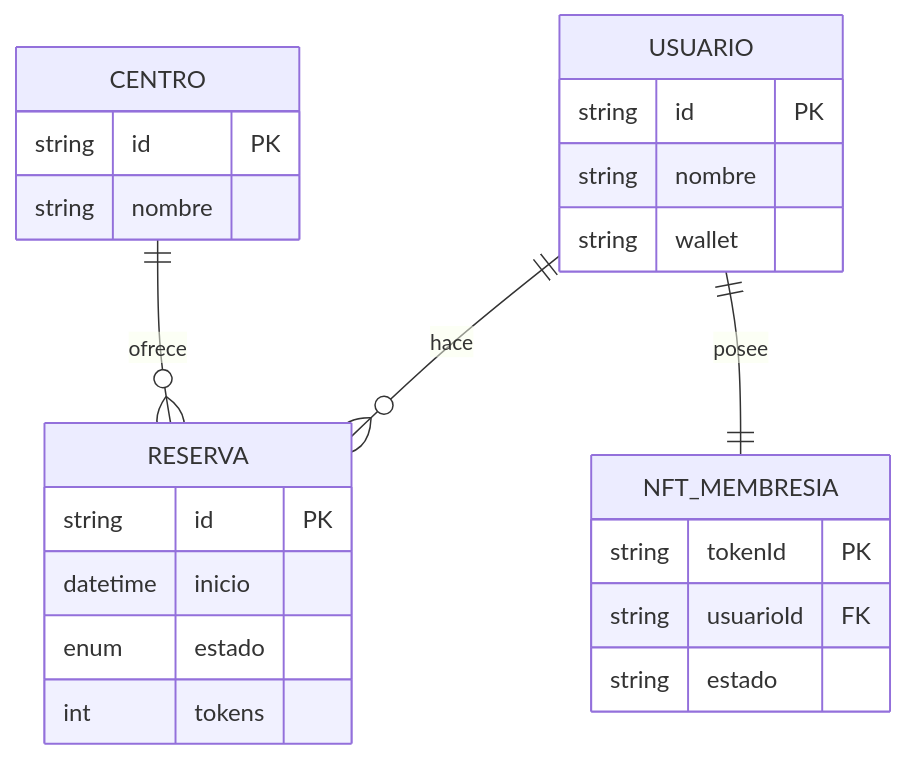
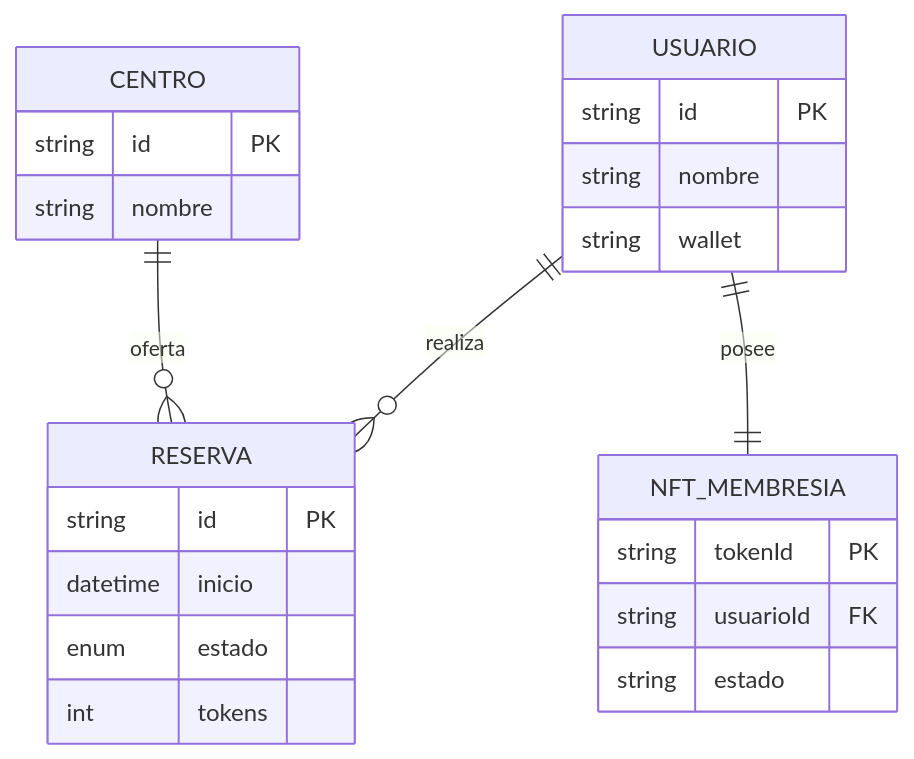
Before and after one commit to andresg01/Reddao: the eighth of 8 diagrams in README.md, drawn with Mermaid. The commit also changed other lines of this file, not shown here.

````diff
--- a/README.md
+++ b/README.md
@@ -204,26 +212,26 @@
 ```mermaid
 erDiagram
     USUARIO {
         string id PK
         string nombre
         string wallet
     }
     CENTRO {
         string id PK
         string nombre
     }
     RESERVA {
         string id PK
         datetime inicio
         enum estado
         int tokens
     }
     NFT_MEMBRESIA {
         string tokenId PK
         string usuarioId FK
         string estado
     }
-    USUARIO ||--o{ RESERVA : "hace"
-    CENTRO  ||--o{ RESERVA : "ofrece"
-    USUARIO ||--|| NFT_MEMBRESIA : "posee"
+    USUARIO ||--o{ RESERVA : realiza
+    CENTRO  ||--o{ RESERVA : oferta
+    USUARIO ||--|| NFT_MEMBRESIA : posee
 ```
````
